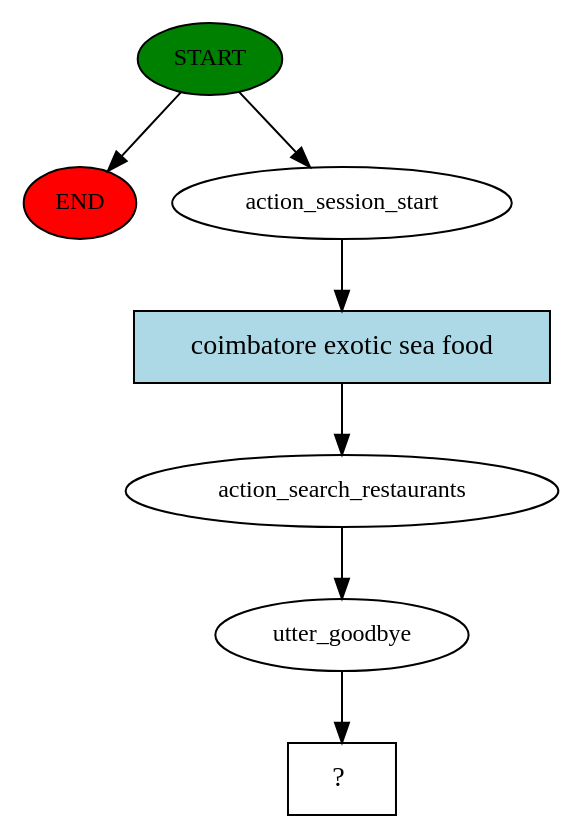
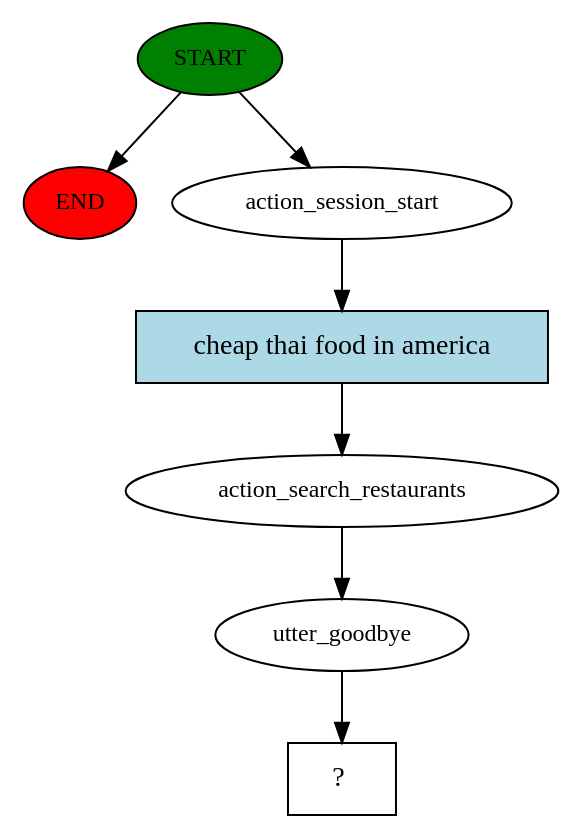
Before and after one commit to ahmfrz/restaurant-search-chatbot: the diagram in story_graph.dot, drawn with Graphviz. The commit also changed 3 other files, not shown here.

```diff
--- a/story_graph.dot
+++ b/story_graph.dot
@@ -1,15 +1,15 @@
 digraph  {
 0 [class="start active", fillcolor=green, fontsize=12, label=START, style=filled];
 "-1" [class=end, fillcolor=red, fontsize=12, label=END, style=filled];
 1 [class=active, fontsize=12, label=action_session_start];
 2 [class=active, fontsize=12, label=action_search_restaurants];
 3 [class=active, fontsize=12, label=utter_goodbye];
 4 [class="intent dashed active", label="  ?  ", shape=rect];
-5 [class="intent active", fillcolor=lightblue, label="coimbatore exotic sea food", shape=rect, style=filled];
+5 [class="intent active", fillcolor=lightblue, label="cheap thai food in america", shape=rect, style=filled];
 0 -> "-1"  [class="", key=NONE, label=""];
 0 -> 1  [class=active, key=NONE, label=""];
 1 -> 5  [class=active, key=0];
 2 -> 3  [class=active, key=NONE, label=""];
 3 -> 4  [class=active, key=NONE, label=""];
 5 -> 2  [class=active, key=0];
 }
```
